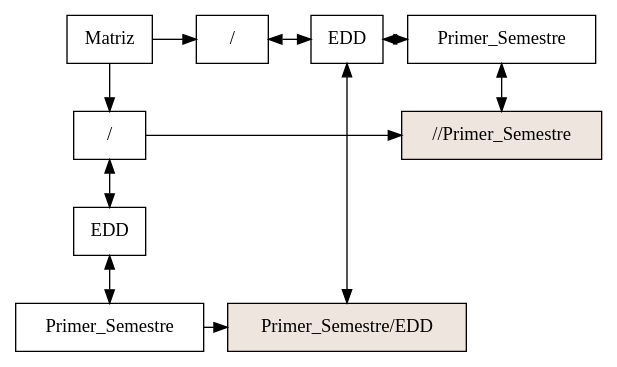
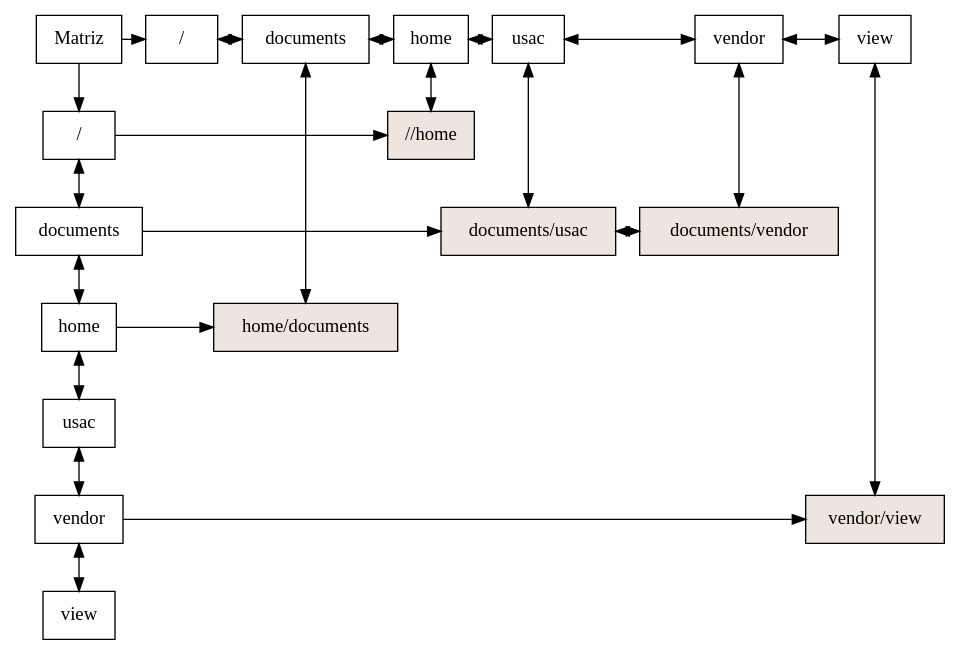
One commit to Eduardo01004/EDD_2S2019_PY2_201612124 changed the diagram in Proyecto2/Matriz.dot. Above: the diagram before and after it, drawn with Graphviz. The commit also changed 69 other files, not shown here.

```diff
--- a/Proyecto2/Matriz.dot
+++ b/Proyecto2/Matriz.dot
@@ -1,33 +1,64 @@
 digraph G{
 node [shape = box]
 raiz[label="Matriz"  group=1];
-793633758 [label="/" group = 1];
-877367046 [label="EDD" group = 1];
-1331924717 [label="Primer_Semestre" group = 1];
-793633758->877367046[dir=both];
-877367046->1331924717[dir=both];
-746353056 [label="/" group = 49];
-1343671095 [label="EDD" group = 207];
-1113757406 [label="Primer_Semestre" group = 1560];
-746353056->1343671095[dir=both];
-1343671095->1113757406[dir=both];
-raiz ->793633758
-raiz ->746353056
+239465106 [label="/" group = 1];
+267760927 [label="documents" group = 1];
+633070006 [label="home" group = 1];
+1459794865 [label="usac" group = 1];
+1776957250 [label="vendor" group = 1];
+1268066861 [label="view" group = 1];
+239465106->267760927[dir=both];
+267760927->633070006[dir=both];
+633070006->1459794865[dir=both];
+1459794865->1776957250[dir=both];
+1776957250->1268066861[dir=both];
+280884709 [label="/" group = 49];
+1604125387 [label="documents" group = 980];
+1668627309 [label="home" group = 427];
+1795799895 [label="usac" group = 430];
+1698097425 [label="vendor" group = 656];
+1376400422 [label="view" group = 445];
+280884709->1604125387[dir=both];
+1604125387->1668627309[dir=both];
+1668627309->1795799895[dir=both];
+1795799895->1698097425[dir=both];
+1698097425->1376400422[dir=both];
+raiz ->239465106
+raiz ->280884709
 { rank  = same; raiz 
-746353056;
-1343671095;
-1113757406;
+280884709;
+1604125387;
+1668627309;
+1795799895;
+1698097425;
+1376400422;
 }
-1935258157 [style=filled,fillcolor=seashell2,label= "Primer_Semestre/EDD" group = 207 ];
-49405535 [style=filled,fillcolor=seashell2,label= "//Primer_Semestre" group = 1560 ];
-793633758->49405535
-{ rank = same; 793633758;
-49405535;
+488044861 [style=filled,fillcolor=seashell2,label= "home/documents" group = 980 ];
+990398217 [style=filled,fillcolor=seashell2,label= "//home" group = 427 ];
+841283083 [style=filled,fillcolor=seashell2,label= "documents/usac" group = 430 ];
+1675763772 [style=filled,fillcolor=seashell2,label= "documents/vendor" group = 656 ];
+520016214 [style=filled,fillcolor=seashell2,label= "vendor/view" group = 445 ];
+239465106->990398217
+{ rank = same; 239465106;
+990398217;
 }
-1331924717->1935258157
-{ rank = same; 1331924717;
-1935258157;
+267760927->841283083
+841283083->1675763772[dir=both];
+{ rank = same; 267760927;
+841283083;
+1675763772;
 }
-1343671095->1935258157[dir=both];
-1113757406->49405535[dir=both];
+633070006->488044861
+{ rank = same; 633070006;
+488044861;
 }
+1776957250->520016214
+{ rank = same; 1776957250;
+520016214;
+}
+1604125387->488044861[dir=both];
+1668627309->990398217[dir=both];
+1795799895->841283083[dir=both];
+1698097425->1675763772[dir=both];
+1376400422->520016214[dir=both];
+}
```
